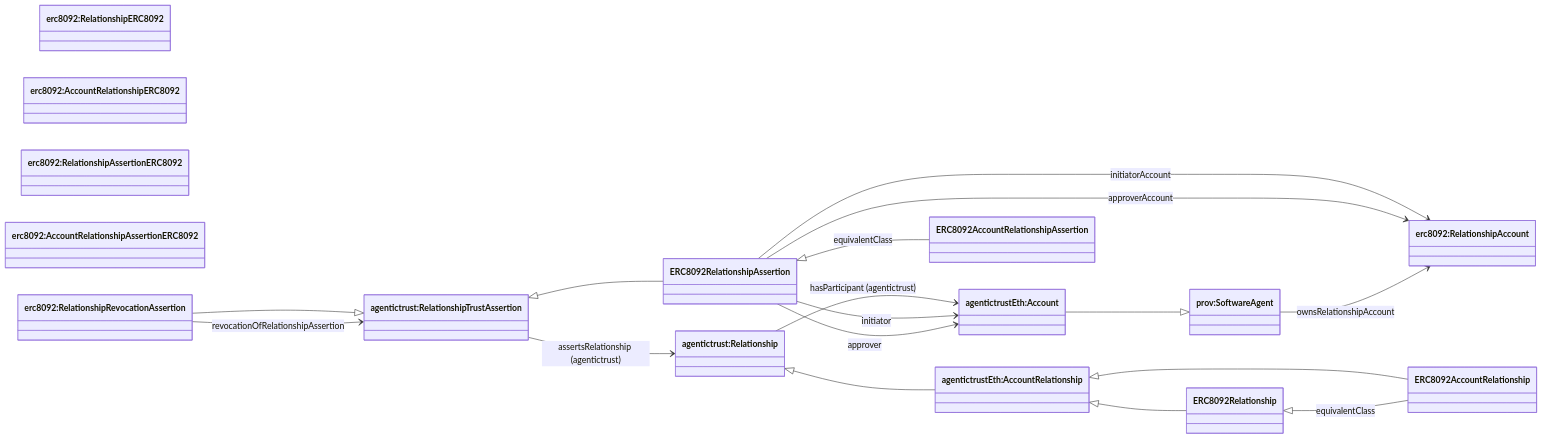
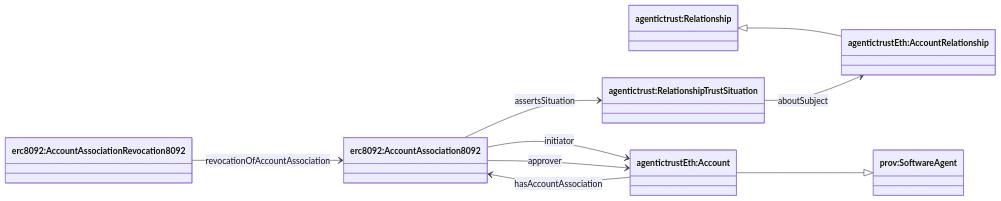
Before and after one commit to Agentic-Trust-Layer/agent-explorer: the diagram in docs/ontology/erc8092.md, drawn with Mermaid. The commit also changed other lines of this file and 16 other files, not shown here.

Commit message:
update with trust situation and trust assertion

````diff
--- a/docs/ontology/erc8092.md
+++ b/docs/ontology/erc8092.md
@@ -33,35 +29,23 @@
 ```mermaid
 classDiagram
 direction LR
 
 class Relationship["agentictrust:Relationship"]
 class AccountRelationship["agentictrustEth:AccountRelationship"]
-class RelationshipAssertion["agentictrust:RelationshipTrustAssertion"]
-class RelationshipERC8092["erc8092:RelationshipERC8092"]
-class AccountRelationshipERC8092["erc8092:AccountRelationshipERC8092"]
-class RelationshipAssertionERC8092["erc8092:RelationshipAssertionERC8092"]
-class AccountRelationshipAssertionERC8092["erc8092:AccountRelationshipAssertionERC8092"]
-class RelationshipAccount["erc8092:RelationshipAccount"]
-class RelationshipRevocationAssertion["erc8092:RelationshipRevocationAssertion"]
+class AccountAssociation["erc8092:AccountAssociation8092"]
+class AccountAssociationRevocation["erc8092:AccountAssociationRevocation8092"]
+class RelationshipTrustSituation["agentictrust:RelationshipTrustSituation"]
 class Account["agentictrustEth:Account"]
 class provSoftwareAgent["prov:SoftwareAgent"]
 
 Relationship <|-- AccountRelationship
-AccountRelationship <|-- ERC8092Relationship
-AccountRelationship <|-- ERC8092AccountRelationship
-ERC8092Relationship <|-- ERC8092AccountRelationship : equivalentClass
-ERC8092RelationshipAssertion <|-- ERC8092AccountRelationshipAssertion : equivalentClass
-RelationshipAssertion <|-- ERC8092RelationshipAssertion
-RelationshipRevocationAssertion --|> RelationshipAssertion
 Account --|> provSoftwareAgent
 
-RelationshipAssertion --> Relationship : assertsRelationship (agentictrust)
-Relationship --> Account : hasParticipant (agentictrust)
+Account --> AccountAssociation : hasAccountAssociation
+AccountAssociation --> RelationshipTrustSituation : assertsSituation
+RelationshipTrustSituation --> AccountRelationship : aboutSubject
 
-ERC8092RelationshipAssertion --> Account : initiator
-ERC8092RelationshipAssertion --> Account : approver
-ERC8092RelationshipAssertion --> RelationshipAccount : initiatorAccount
-ERC8092RelationshipAssertion --> RelationshipAccount : approverAccount
-provSoftwareAgent --> RelationshipAccount : ownsRelationshipAccount
-RelationshipRevocationAssertion --> RelationshipAssertion : revocationOfRelationshipAssertion
+AccountAssociation --> Account : initiator
+AccountAssociation --> Account : approver
+AccountAssociationRevocation --> AccountAssociation : revocationOfAccountAssociation
 ```
````
